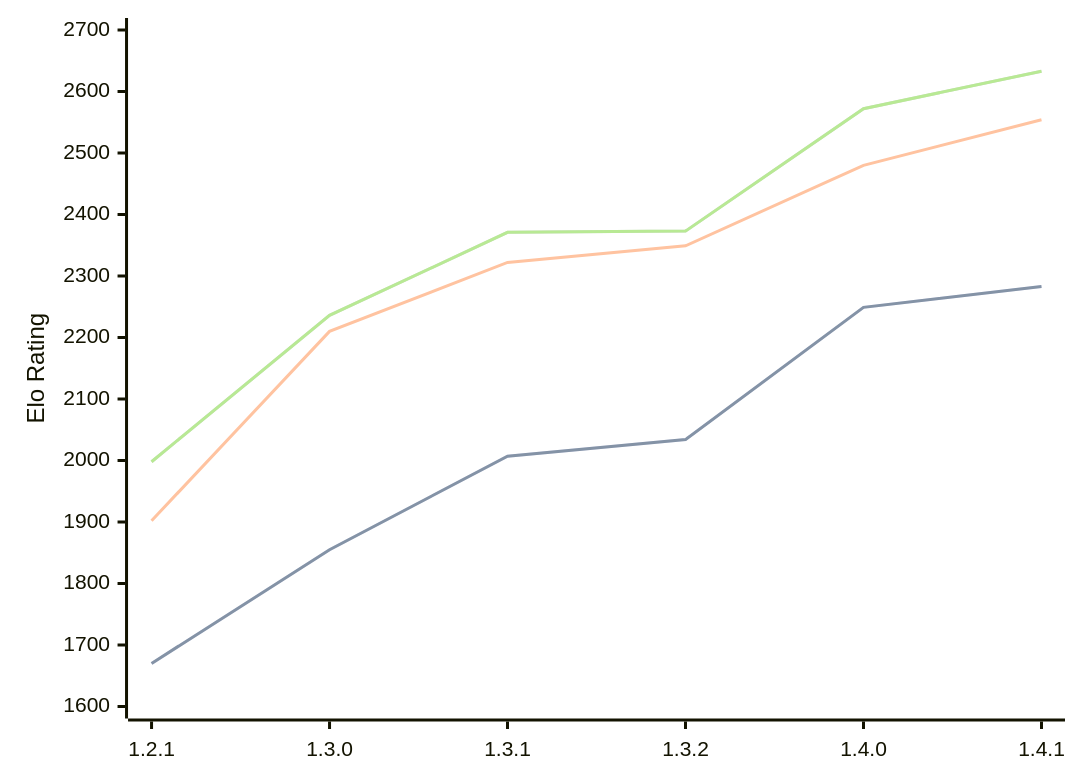
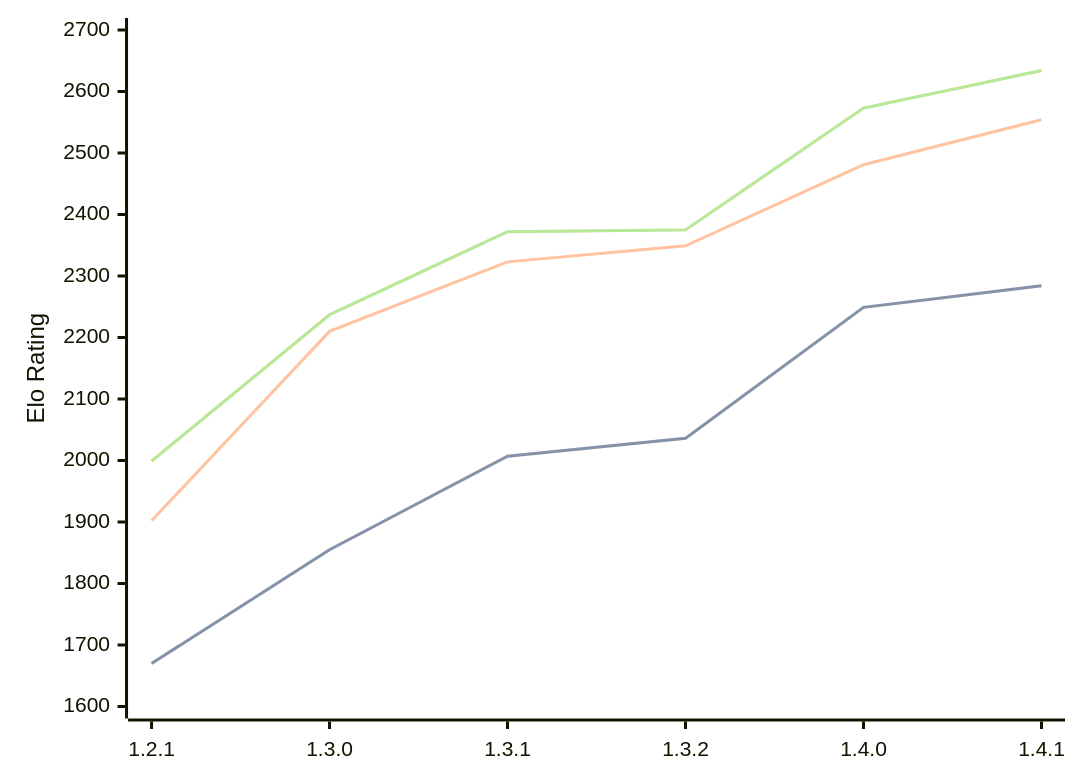
One commit to computer-chess-index/cci changed the diagram in engines/Chal.md. Above: the diagram before and after it, drawn with Mermaid. The commit also changed other lines of this file, not shown here.

Commit message:
Update CCI Ratings (ELO VLTC) - 2026-07-23

````diff
--- a/engines/Chal.md
+++ b/engines/Chal.md
@@ -39,11 +39,11 @@
 ```mermaid
 %%{init: {"theme":"base","themeVariables":{"seriesColors:['#a3a3a3','#222221','#faa371']}}}%%
 xychart-beta
   x-axis ["1.2.1", "1.3.0", "1.3.1", "1.3.2", "1.4.0", "1.4.1"]
   y-axis "Elo Rating" 1600 --> 2700
-  line "STC (8.0+0.08s)" [1670, 1855, 2007, 2034, 2249, 2283]
-  line "STC (8.0+0.08s)" [1670, 1855, 2007, 2034, 2249, 2283]
-  line "LTC (60.0+0.60s)" [1902, 2210, 2322, 2349, 2480, 2554]
-  line "VLTC (2m24s+1.12s)" [1998, 2236, 2371, 2373, 2572, 2633]
-  line "VLTC (2m24s+1.12s)" [1998, 2236, 2371, 2373, 2572, 2633]
+  line "STC (8.0+0.08s)" [1670, 1855, 2007, 2036, 2249, 2284]
+  line "STC (8.0+0.08s)" [1670, 1855, 2007, 2036, 2249, 2284]
+  line "LTC (60.0+0.60s)" [1902, 2210, 2323, 2349, 2481, 2554]
+  line "VLTC (2m24s+1.12s)" [1999, 2237, 2372, 2375, 2573, 2634]
+  line "VLTC (2m24s+1.12s)" [1999, 2237, 2372, 2375, 2573, 2634]
 ```
````
